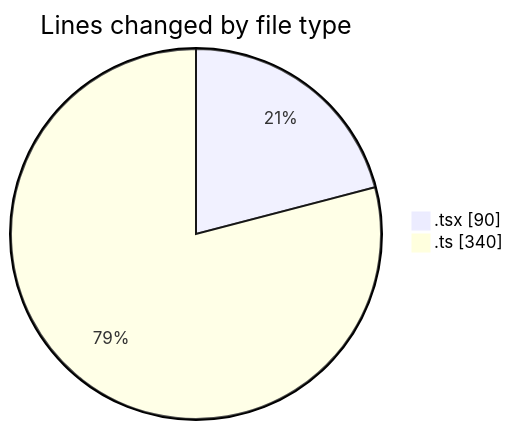
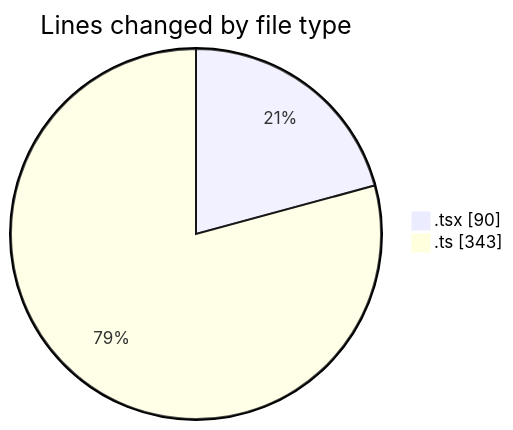
One commit to robertbonfada/code-tracking changed the first of 2 diagrams in 2025-03-10/audiobooks-web/README.md. Above: the diagram before and after it, drawn with Mermaid. The commit also changed other lines of this file and 1 other file, not shown here.

````diff
--- a/2025-03-10/audiobooks-web/README.md
+++ b/2025-03-10/audiobooks-web/README.md
@@ -25,6 +25,6 @@
 ```mermaid
 pie showData
 title Lines changed by file type
 ".tsx" : 90
-".ts" : 340
+".ts" : 343
 ```
````
